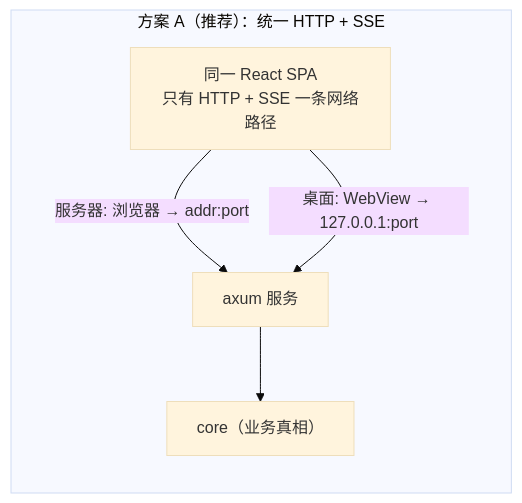
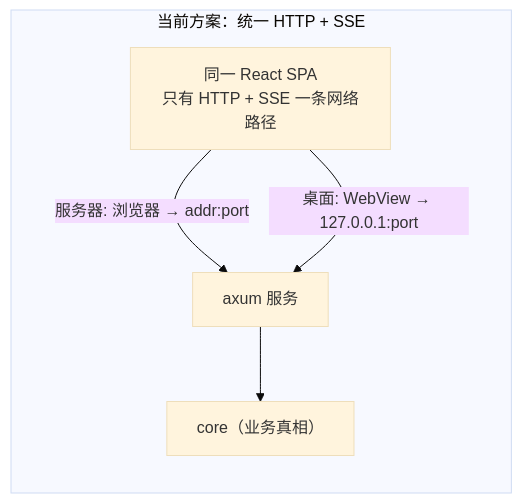
Before and after one commit to nvrenshiren/autohttps: the second of 3 diagrams in ARCHITECTURE.md, drawn with Mermaid (base theme). The commit also changed other lines of this file and 76 other files, not shown here.

````diff
--- a/ARCHITECTURE.md
+++ b/ARCHITECTURE.md
@@ -89,9 +89,9 @@
 ```mermaid
 graph LR
-    subgraph A["方案 A（推荐）：统一 HTTP + SSE"]
+    subgraph A["当前方案：统一 HTTP + SSE"]
         FEa["同一 React SPA<br/>只有 HTTP + SSE 一条网络路径"]
         FEa -->|"服务器: 浏览器 → addr:port"| SVa["axum 服务"]
         FEa -->|"桌面: WebView → 127.0.0.1:port"| SVa
         SVa --> COa["core（业务真相）"]
     end
 ```
````
